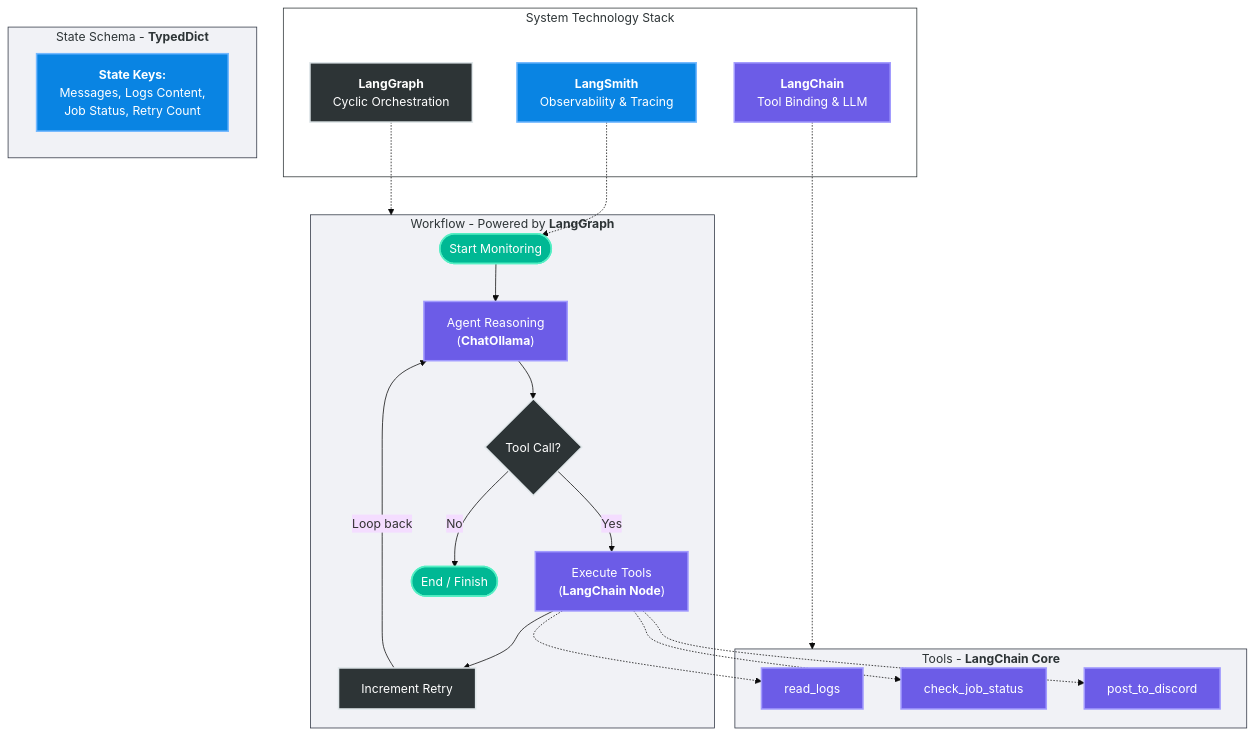
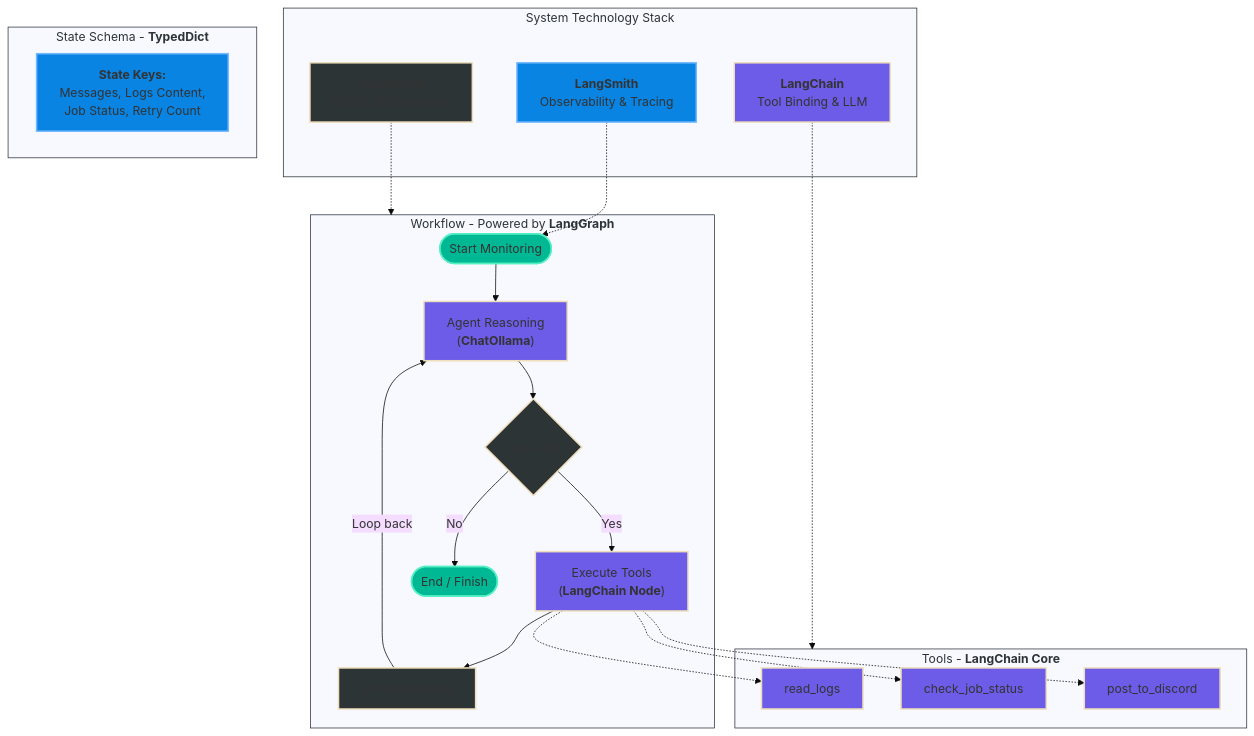
The diagram in 02_Brain/test.md (visuvishwa99/second_brain), drawn with Mermaid (base theme) before and after one commit. The commit also changed 91 other files, not shown here.

````diff
--- a/02_Brain/test.md
+++ b/02_Brain/test.md
@@ -15,7 +15,7 @@
 
     end
 
-  
+
 
     %% --- Section 2: Agent State (Memory) ---
 
@@ -25,7 +25,7 @@
 
     end
 
-  
+
 
     %% --- Section 3: Cyclic Workflow ---
 
@@ -45,7 +45,7 @@
 
     end
 
-  
+
 
     %% --- Section 4: Tools ---
 
@@ -77,25 +77,25 @@
 
     %% Styling to match Subgraphs
 
-    style Tech_Stack fill:#fff,stroke:#2d3436,stroke-width:1px,color:#2d3436
+    style Tech_Stack fill:,stroke:#2d3436,stroke-width:1px,color:#2d3436
 
-    style State_Schema fill:#f1f2f6,stroke:#2f3542,stroke-width:1px,color:#2d3436
+    style State_Schema fill:,stroke:#2f3542,stroke-width:1px,color:#2d3436
 
-    style Agent_Loop fill:#f1f2f6,stroke:#2f3542,stroke-width:1px,color:#2d3436
+    style Agent_Loop fill:,stroke:#2f3542,stroke-width:1px,color:#2d3436
 
-    style Tools_Layer fill:#f1f2f6,stroke:#2f3542,stroke-width:1px,color:#2d3436
+    style Tools_Layer fill:,stroke:#2f3542,stroke-width:1px,color:#2d3436
 
-  
+
 
     %% Global Style Block
 
-    classDef logic fill:#2d3436,stroke:#dfe6e9,stroke-width:2px,color:#fff
+    classDef logic fill:#2d3436,stroke:,stroke-width:2px,color:
 
-    classDef storage fill:#0984e3,stroke:#74b9ff,stroke-width:2px,color:#fff
+    classDef storage fill:#0984e3,stroke:#74b9ff,stroke-width:2px,color:
 
-    classDef process fill:#6c5ce7,stroke:#a29bfe,stroke-width:2px,color:#fff
+    classDef process fill:#6c5ce7,stroke:,stroke-width:2px,color:
 
-    classDef user fill:#00b894,stroke:#55efc4,stroke-width:2px,color:#fff
+    classDef user fill:#00b894,stroke:#55efc4,stroke-width:2px,color:
 
-    classDef group fill:#f1f2f6,stroke:#2f3542,stroke-width:1px,color:#2d3436
+    classDef group fill:,stroke:#2f3542,stroke-width:1px,color:#2d3436
 ```
````
